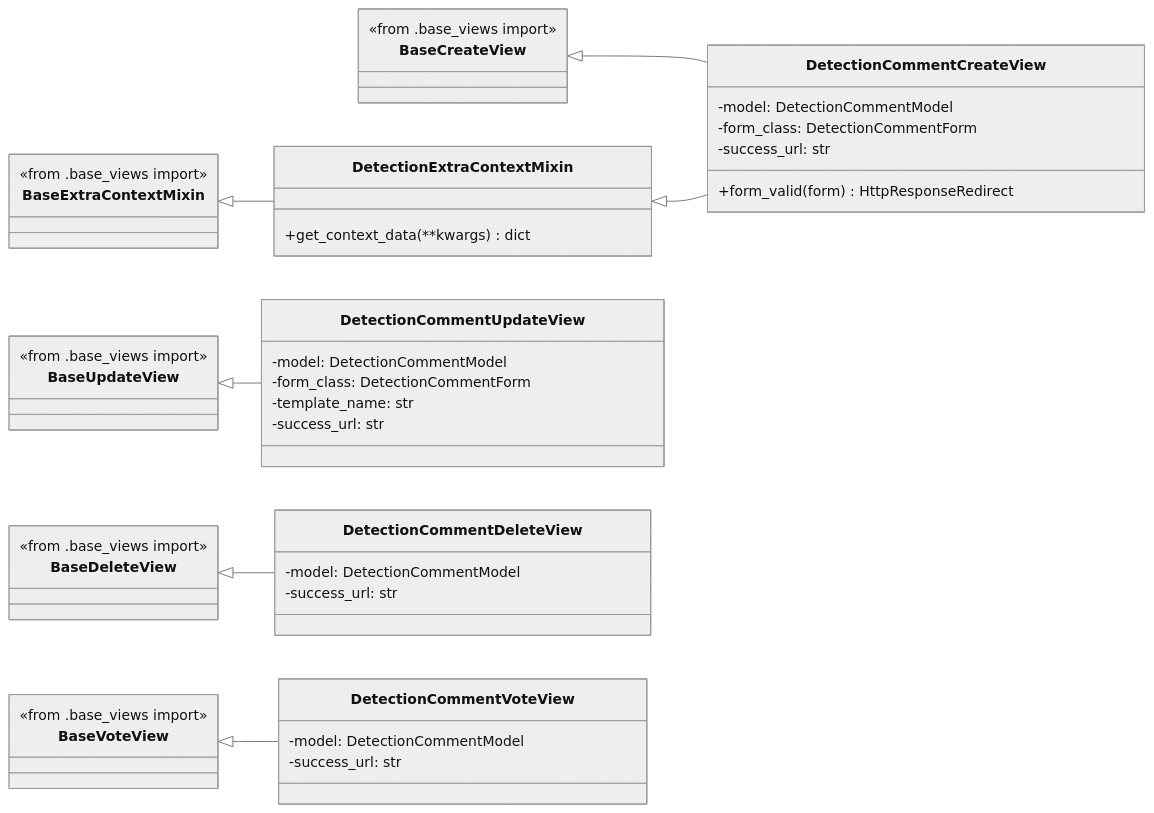
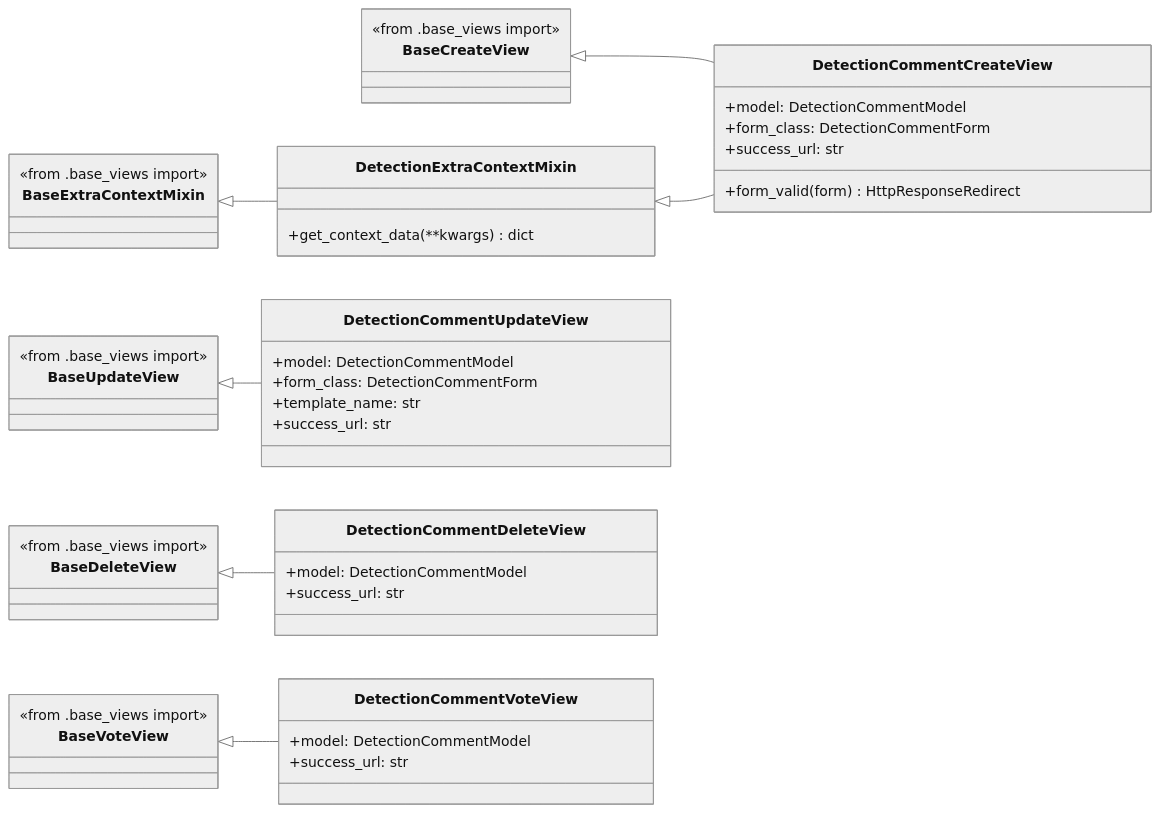
Before and after one commit to 0-CDOE/django_server: diagram 13 of 13 in README.md, drawn with Mermaid (neutral theme). The commit also changed other lines of this file and 1 other file, not shown here.

````diff
--- a/README.md
+++ b/README.md
@@ -895,52 +897,52 @@
 ```mermaid
 classDiagram
    direction LR  %% Left to Right 방향 설정
 
     BaseExtraContextMixin <|-- DetectionExtraContextMixin
 
     BaseCreateView <|-- DetectionCommentCreateView
     BaseUpdateView <|-- DetectionCommentUpdateView
     BaseDeleteView <|-- DetectionCommentDeleteView
     BaseVoteView <|-- DetectionCommentVoteView
 
     DetectionExtraContextMixin <|-- DetectionCommentCreateView
 
     class BaseExtraContextMixin {
       <<from .base_views import>>
     }
     class BaseCreateView {
       <<from .base_views import>>
     }
     class BaseUpdateView {
       <<from .base_views import>>
     }
     class BaseDeleteView {
       <<from .base_views import>>
     }
     class BaseVoteView {
       <<from .base_views import>>
     }
     class DetectionExtraContextMixin {
         +get_context_data(**kwargs) dict
     }
     class DetectionCommentCreateView {
-        -model: DetectionCommentModel
-        -form_class: DetectionCommentForm
-        -success_url: str
+        +model: DetectionCommentModel
+        +form_class: DetectionCommentForm
+        +success_url: str
         +form_valid(form) HttpResponseRedirect
     }
     class DetectionCommentUpdateView {
-        -model: DetectionCommentModel
-        -form_class: DetectionCommentForm
-        -template_name: str
-        -success_url: str
+        +model: DetectionCommentModel
+        +form_class: DetectionCommentForm
+        +template_name: str
+        +success_url: str
     }
     class DetectionCommentDeleteView {
-        -model: DetectionCommentModel
-        -success_url: str
+        +model: DetectionCommentModel
+        +success_url: str
     }
     class DetectionCommentVoteView {
-        -model: DetectionCommentModel
-        -success_url: str
+        +model: DetectionCommentModel
+        +success_url: str
     }
 ```
````
